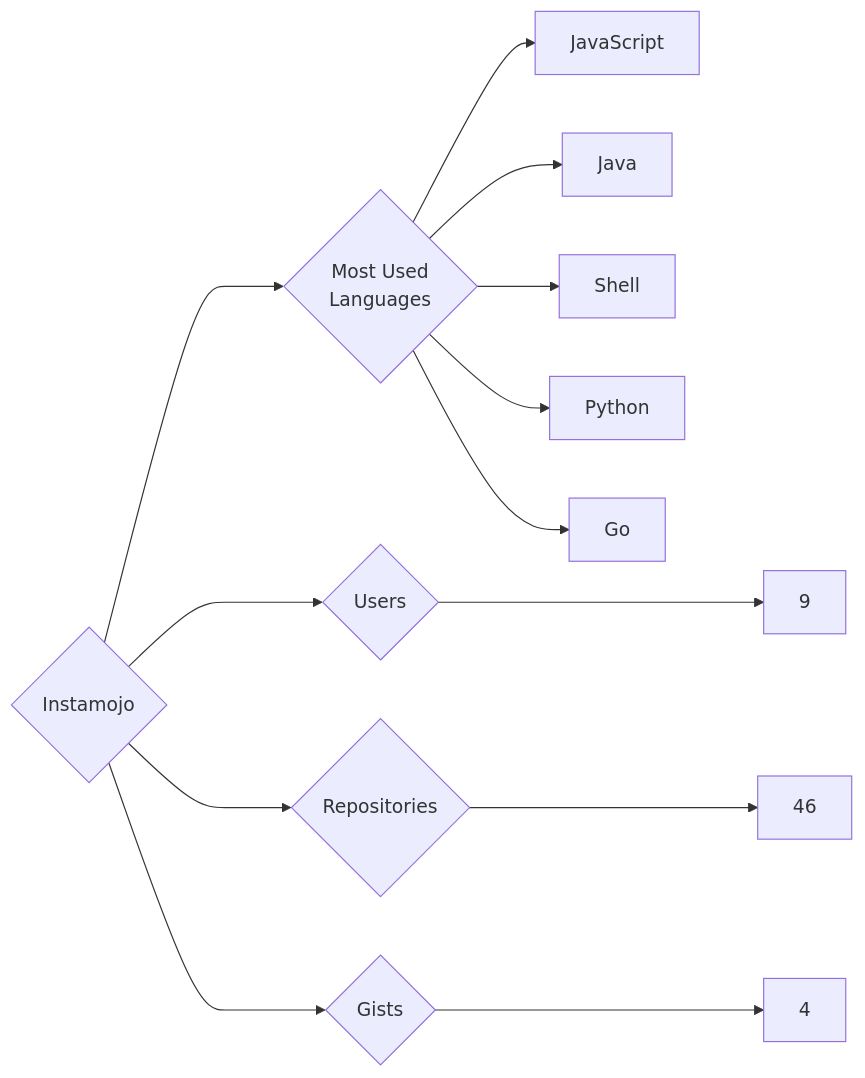
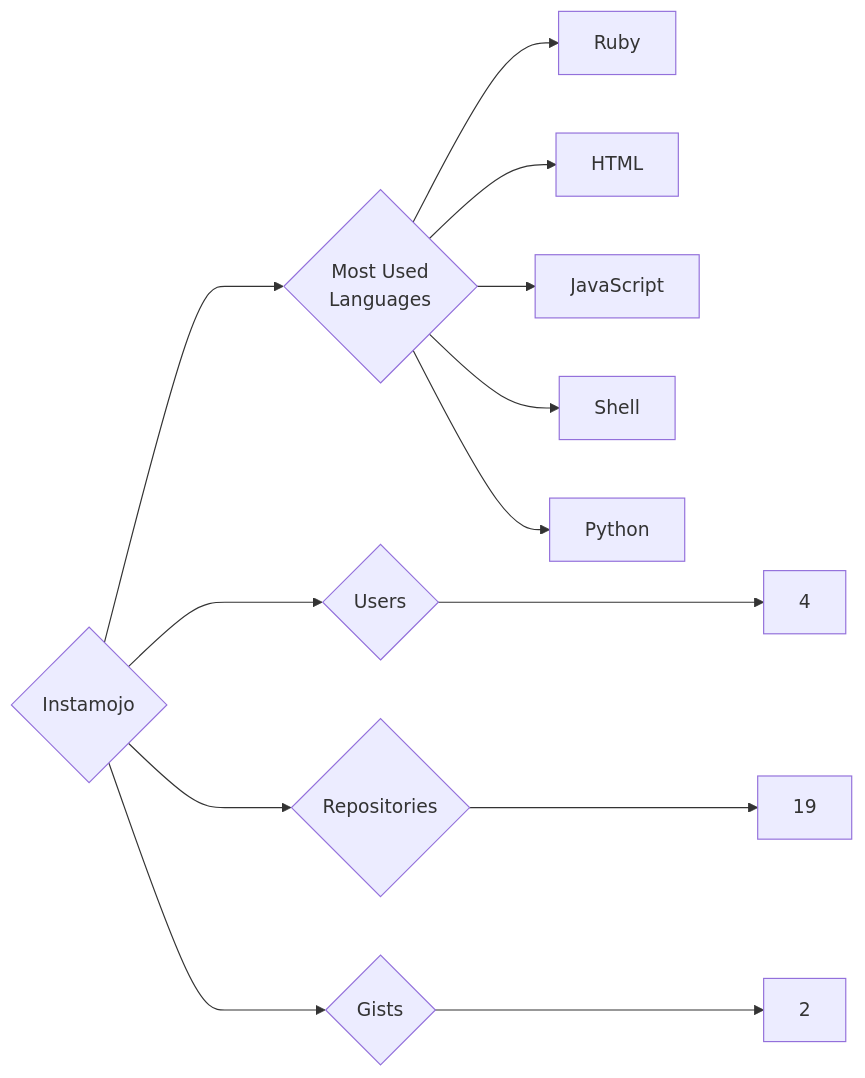
One commit to trickest/insiders changed the diagram in targets/Instamojo/README.md. Above: the diagram before and after it, drawn with Mermaid. The commit also changed 783 other files, not shown here.

````diff
--- a/targets/Instamojo/README.md
+++ b/targets/Instamojo/README.md
@@ -3,13 +3,13 @@
 ```mermaid
 graph LR
 COMPANY_NAME{Instamojo}
-COMPANY_NAME ---> U{Users} ---> UN[9]
-COMPANY_NAME ---> R{Repositories} ---> RN[46]
-COMPANY_NAME ---> G{Gists} ---> GN[4]
+COMPANY_NAME ---> U{Users} ---> UN[4]
+COMPANY_NAME ---> R{Repositories} ---> RN[19]
+COMPANY_NAME ---> G{Gists} ---> GN[2]
 COMPANY_NAME ---> ML{Most Used<br>Languages}
+ML --> Ruby[Ruby]
+ML --> HTML[HTML]
 ML --> JavaScript[JavaScript]
-ML --> Java[Java]
 ML --> Shell[Shell]
 ML --> Python[Python]
-ML --> Go[Go]
 ```
````
